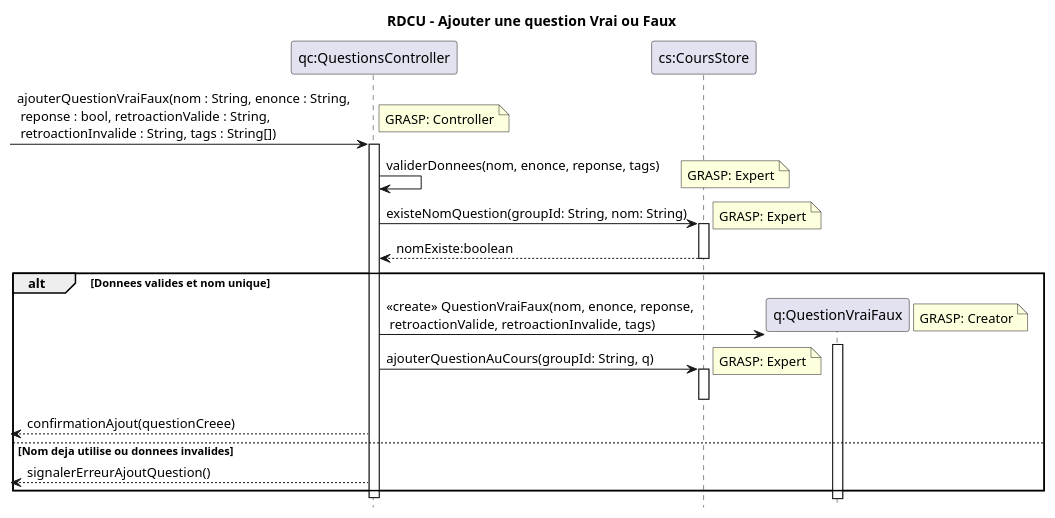
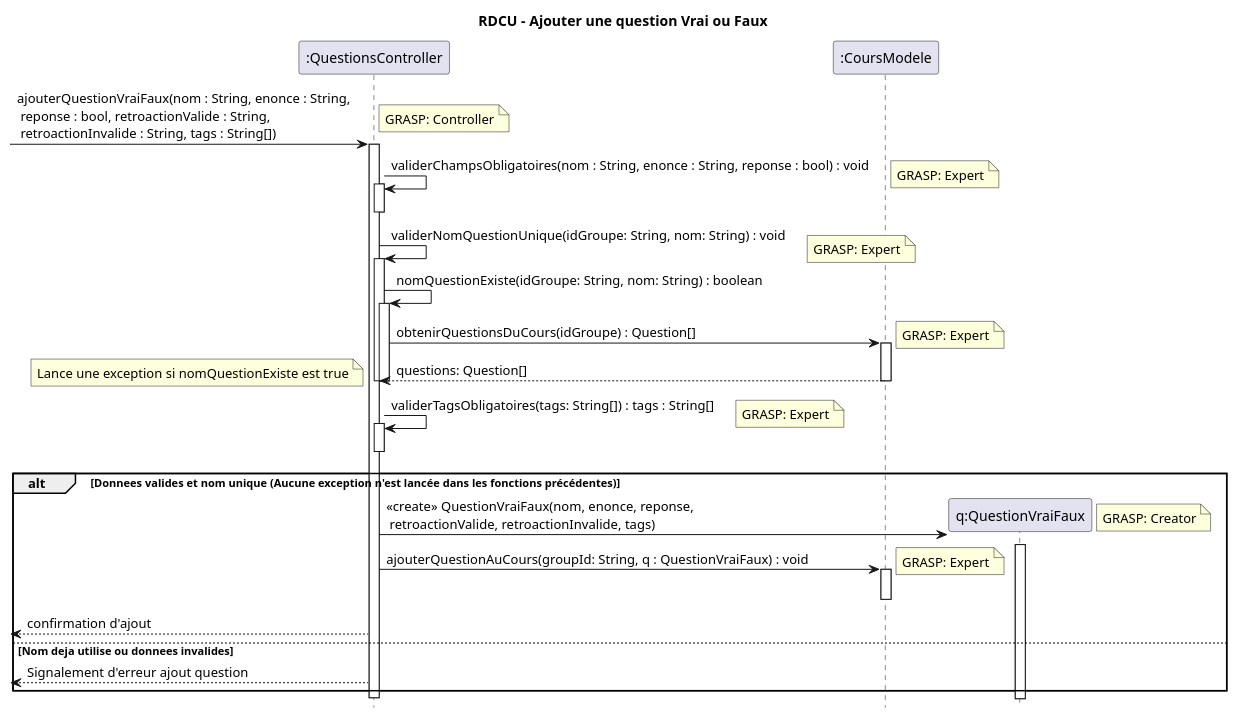
Before and after one commit to xMrYahya/moodle-clone: the diagram in docs/modeles/cu02/rdcu-ajouter-question-vf.puml, drawn with PlantUML. The commit also changed 1 other file, not shown here.

Commit message:
Fix diagrame ajout question

```diff
--- a/docs/modeles/cu02/rdcu-ajouter-question-vf.puml
+++ b/docs/modeles/cu02/rdcu-ajouter-question-vf.puml
@@ -1,40 +1,52 @@
 @startuml
 hide footbox
 title RDCU - Ajouter une question Vrai ou Faux
 
-participant "qc:QuestionsController" as QC
-participant "cs:CoursStore" as CS
+participant ":QuestionsController" as QC
+participant ":CoursModele" as CM
 participant "q:QuestionVraiFaux" as Q
 
 -> QC : ajouterQuestionVraiFaux(nom : String, enonce : String,\n reponse : bool, retroactionValide : String,\n retroactionInvalide : String, tags : String[])
 note right: GRASP: Controller
 activate QC
 
-QC -> QC : validerDonnees(nom, enonce, reponse, tags)
+QC -> QC ++: validerChampsObligatoires(nom : String, enonce : String, reponse : bool) : void
+note right: GRASP: Expert
+deactivate QC
+
+QC -> QC ++: validerNomQuestionUnique(idGroupe: String, nom: String) : void
 note right: GRASP: Expert
 
-QC -> CS : existeNomQuestion(groupId: String, nom: String)
+QC -> QC ++: nomQuestionExiste(idGroupe: String, nom: String) : boolean
+
+QC -> CM ++: obtenirQuestionsDuCours(idGroupe) : Question[]
 note right: GRASP: Expert
-activate CS
-CS --> QC : nomExiste:boolean
-deactivate CS
+CM --> QC --: questions: Question[]
+note left: Lance une exception si nomQuestionExiste est true
 
-alt Donnees valides et nom unique
+deactivate QC
+
+deactivate QC
+QC -> QC ++: validerTagsObligatoires(tags: String[]) : tags : String[]
+note right: GRASP: Expert
+deactivate QC
+
+alt Donnees valides et nom unique (Aucune exception n'est lancée dans les fonctions précédentes)
     create Q
     QC -> Q : <<create>> QuestionVraiFaux(nom, enonce, reponse,\n retroactionValide, retroactionInvalide, tags)
     note right: GRASP: Creator
     activate Q
     deactivate Q
 
-    QC -> CS : ajouterQuestionAuCours(groupId: String, q)
+    QC -> CM : ajouterQuestionAuCours(groupId: String, q : QuestionVraiFaux) : void
     note right: GRASP: Expert
-    activate CS
-    deactivate CS
+    activate CM
+    deactivate CM
 
-    <-- QC : confirmationAjout(questionCreee)
+    <-- QC : confirmation d'ajout
 else Nom deja utilise ou donnees invalides
-    <-- QC : signalerErreurAjoutQuestion()
+    <-- QC : Signalement d'erreur ajout question
 end
 
 deactivate QC
 @enduml
```
